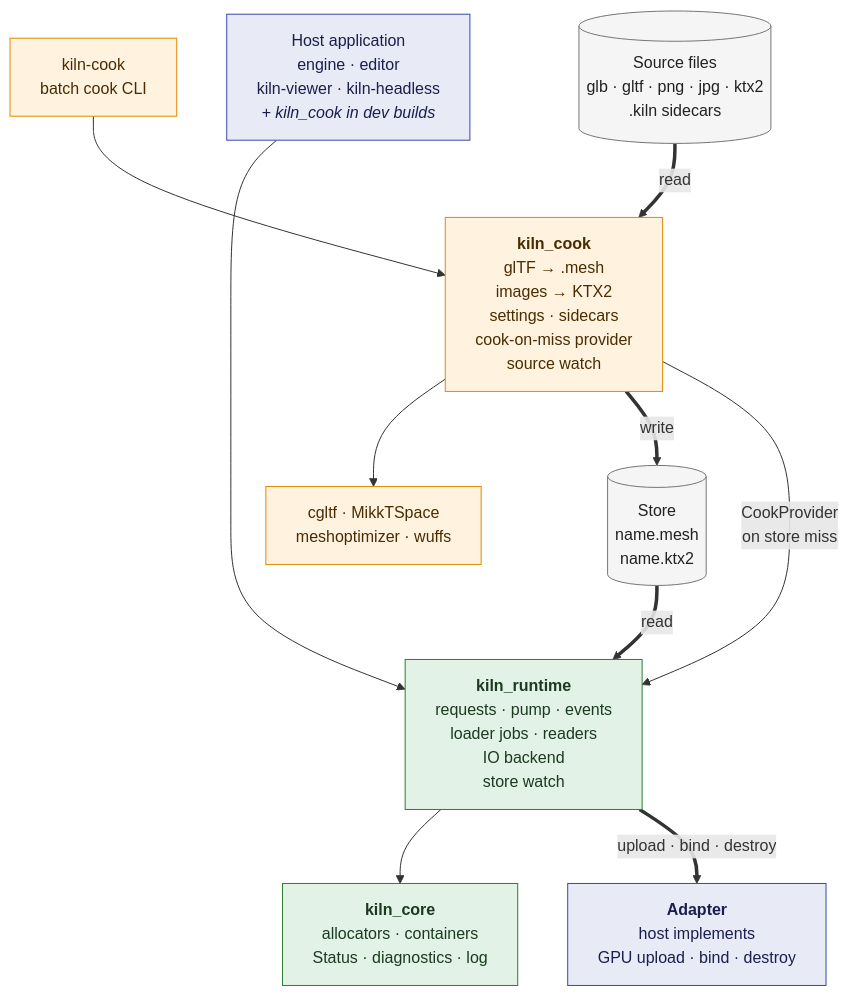
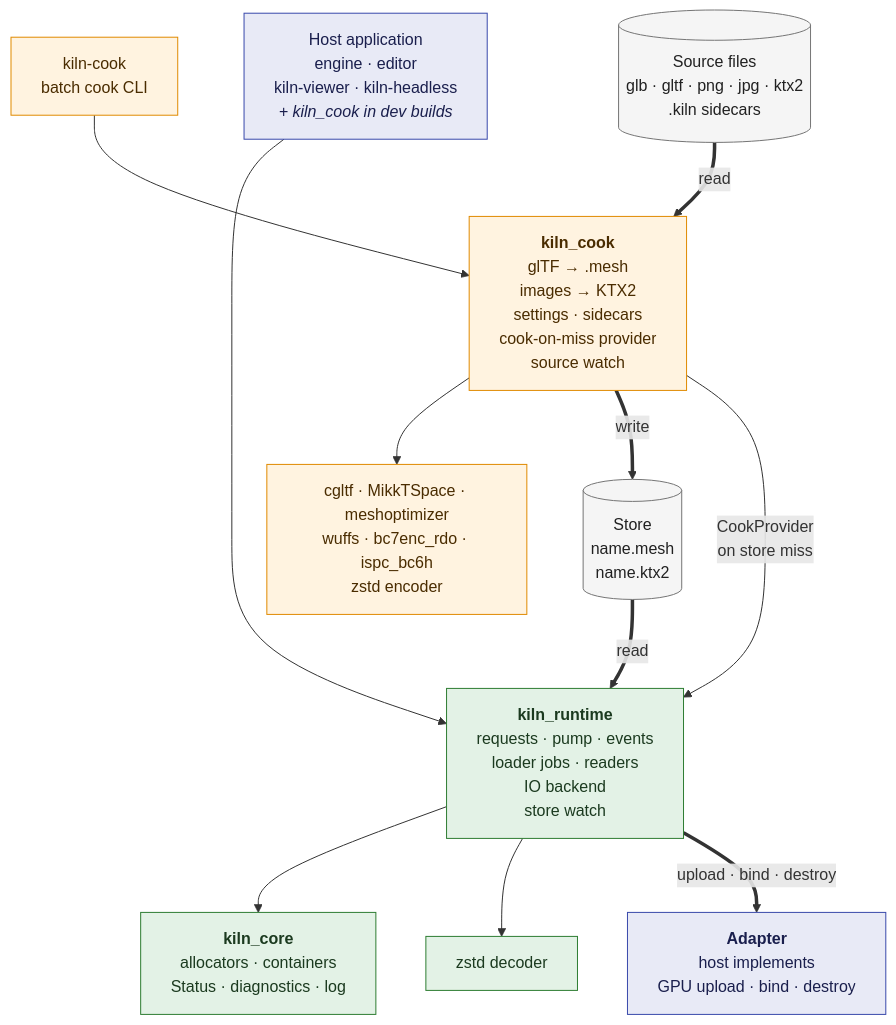
The first of 3 diagrams in docs/design/architecture.md (sigman78/Kiln), drawn with Mermaid before and after one commit. The commit also changed 17 other files, not shown here.

````diff
--- a/docs/design/architecture.md
+++ b/docs/design/architecture.md
@@ -13,36 +13,38 @@
 ```mermaid
 flowchart TB
     cli["kiln-cook<br/>batch cook CLI"]
     sources[("Source files<br/>glb · gltf · png · jpg · ktx2<br/>.kiln sidecars")]
     app["Host application<br/>engine · editor<br/>kiln-viewer · kiln-headless<br/><i>+ kiln_cook in dev builds</i>"]
 
     cook["<b>kiln_cook</b><br/>glTF → .mesh<br/>images → KTX2<br/>settings · sidecars<br/>cook-on-miss provider<br/>source watch"]
-    third["cgltf · MikkTSpace<br/>meshoptimizer · wuffs"]
+    third["cgltf · MikkTSpace · meshoptimizer<br/>wuffs · bc7enc_rdo · ispc_bc6h<br/>zstd encoder"]
+    zstd["zstd decoder"]
 
     store[("Store<br/>name.mesh<br/>name.ktx2")]
 
     runtime["<b>kiln_runtime</b><br/>requests · pump · events<br/>loader jobs · readers<br/>IO backend<br/>store watch"]
 
     core["<b>kiln_core</b><br/>allocators · containers<br/>Status · diagnostics · log"]
     adapter["<b>Adapter</b><br/>host implements<br/>GPU upload · bind · destroy"]
 
     cli --> cook
     sources ==>|read| cook
     app --> runtime
     app ~~~ cook
     cook --> third
     cook ==>|write| store
     store ==>|read| runtime
     cook -->|"CookProvider<br/>on store miss"| runtime
     runtime --> core
+    runtime --> zstd
     runtime ==>|"upload · bind · destroy"| adapter
 
     classDef ship fill:#e3f2e6,stroke:#2e7d32,color:#1b3a1f
     classDef dev fill:#fff3e0,stroke:#e08a00,color:#4a2c00
     classDef host fill:#e8eaf6,stroke:#3949ab,color:#1a1f4d
     classDef data fill:#f5f5f5,stroke:#757575,color:#212121
-    class runtime,core ship
+    class runtime,core,zstd ship
     class cook,third,cli dev
     class app,adapter host
     class sources,store data
 ```
````
